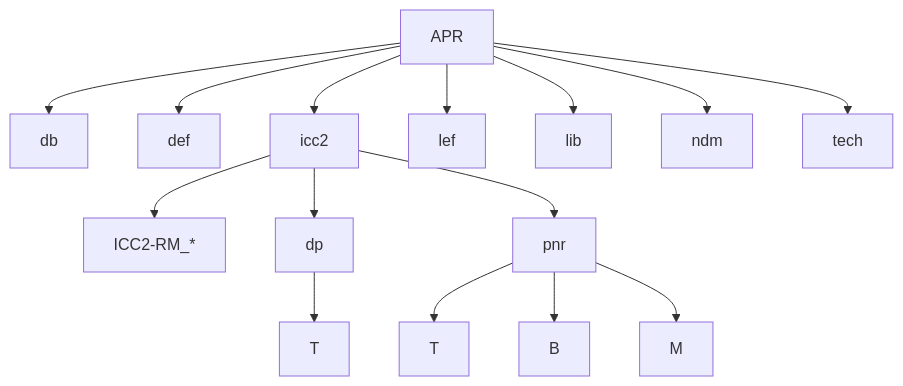
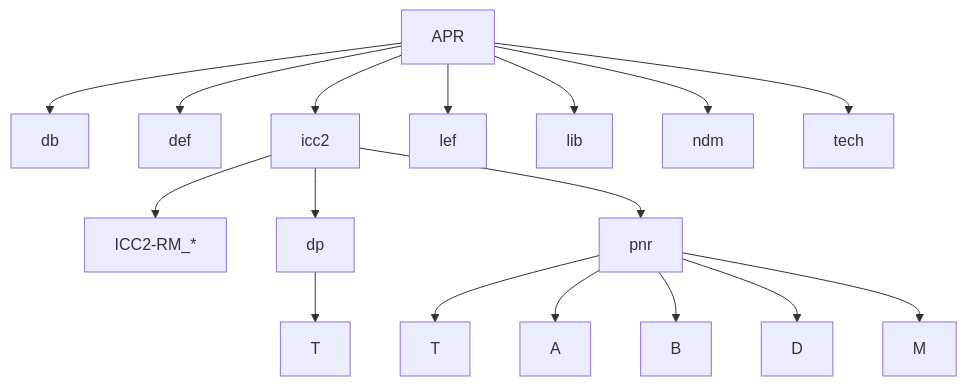
One commit to plusisland/ICC2 changed the third of 6 diagrams in ICC2DP.md. Above: the diagram before and after it, drawn with Mermaid. The commit also changed other lines of this file, not shown here.

````diff
--- a/ICC2DP.md
+++ b/ICC2DP.md
@@ -56,17 +60,19 @@
 ```mermaid
 flowchart TD
     APR[APR] --> db[db]
     APR --> def[def]
     APR --> icc[icc2]
     APR --> lef[lef]
     APR --> lib[lib]
     APR --> ndm[ndm]
     APR --> tech[tech]
     icc --> rm[ICC2-RM_*]
     icc --> dp[dp]
     dp --> T[T]
     icc --> pnr[pnr]
     pnr --> TOP[T]
+    pnr --> A[A]
     pnr --> B[B]
+    pnr --> D[D]
     pnr --> M[M]
 ```
````
